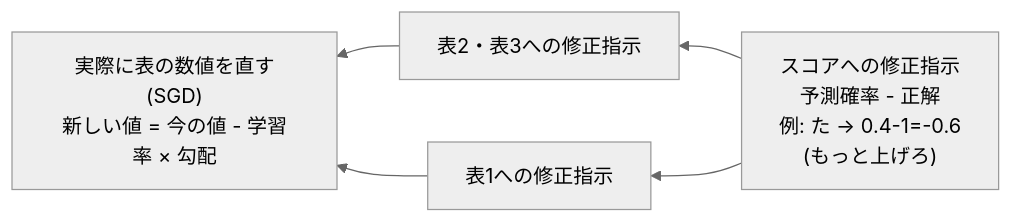
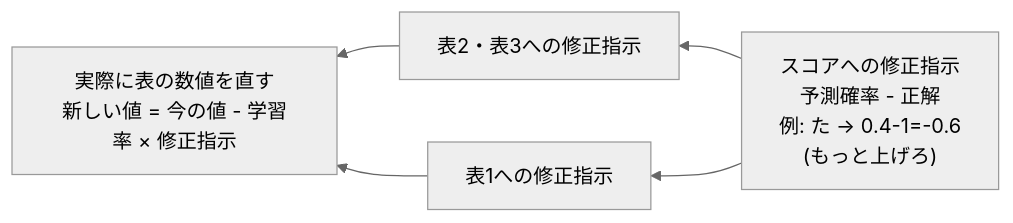
The third of 3 diagrams in README.md (tommykey0925/rawminilm), drawn with Mermaid (neutral theme) before and after one commit. The commit also changed other lines of this file and 1 other file, not shown here.

````diff
--- a/README.md
+++ b/README.md
@@ -92,10 +92,10 @@
 ```mermaid
 flowchart RL
     A["スコアへの修正指示<br>予測確率 - 正解<br>例: た → 0.4-1=-0.6<br>(もっと上げろ)"]
     B["表2・表3への修正指示"]
     C["表1への修正指示"]
-    D["実際に表の数値を直す<br>(SGD)<br>新しい値 = 今の値 - 学習率 × 勾配"]
+    D["実際に表の数値を直す<br>新しい値 = 今の値 - 学習率 × 修正指示"]
 
     A --> B --> D
     A --> C --> D
 ```
````
